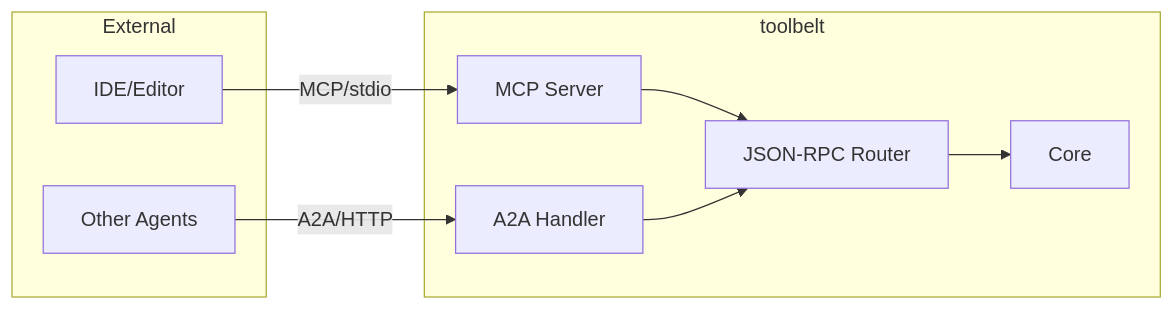
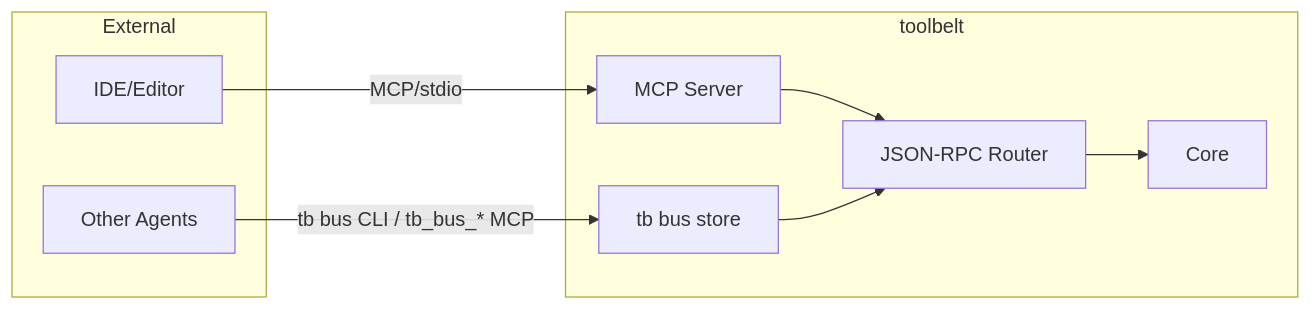
Diagram 15 of 17 in docs/arquitetura.md (leonardo-moraes360/toolbelt), drawn with Mermaid before and after one commit. The commit also changed other lines of this file and 17 other files, not shown here.

````diff
--- a/docs/arquitetura.md
+++ b/docs/arquitetura.md
@@ -935,20 +901,20 @@
 ```mermaid
 graph LR
     subgraph "External"
         IDE[IDE/Editor]
         OTHER[Other Agents]
     end
 
     subgraph "toolbelt"
         MCP_S[MCP Server]
-        A2A_S[A2A Handler]
+        BUS_S[tb bus store]
         RPC[JSON-RPC Router]
         CORE[Core]
     end
 
     IDE -->|MCP/stdio| MCP_S
-    OTHER -->|A2A/HTTP| A2A_S
+    OTHER -->|tb bus CLI / tb_bus_* MCP| BUS_S
     MCP_S --> RPC
-    A2A_S --> RPC
+    BUS_S --> RPC
     RPC --> CORE
 ```
````
